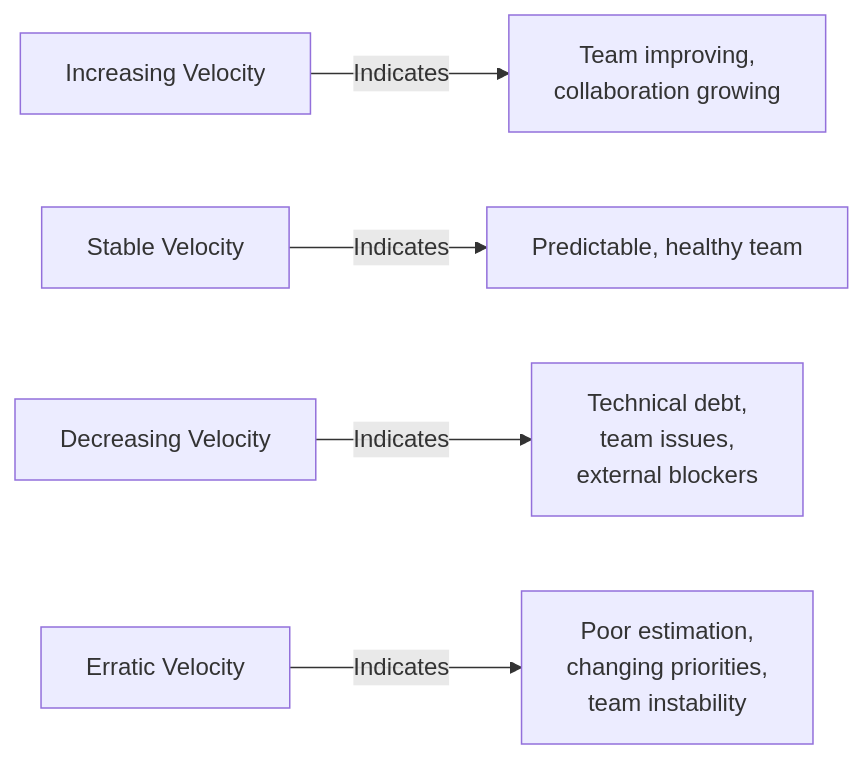
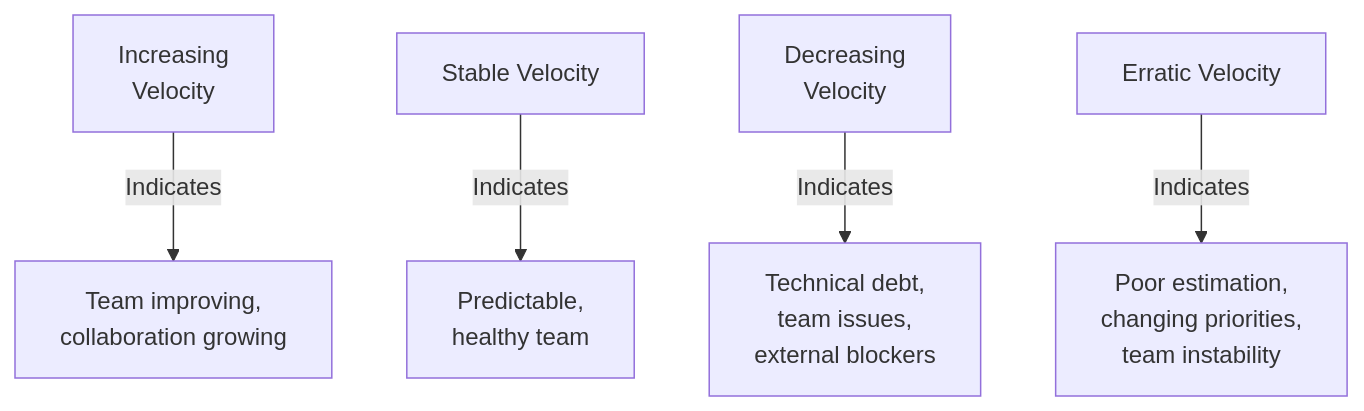
One commit to amitdevx/TY changed the second of 3 diagrams in 02-Semester-VI/CS-371-VSC-P-Agile-Processes/Unit-3.md. Above: the diagram before and after it, drawn with Mermaid. The commit also changed other lines of this file and 65 other files, not shown here.

Commit message:
fix:graph vertical

````diff
--- a/02-Semester-VI/CS-371-VSC-P-Agile-Processes/Unit-3.md
+++ b/02-Semester-VI/CS-371-VSC-P-Agile-Processes/Unit-3.md
@@ -271,7 +271,7 @@
 ```mermaid
-graph LR
-    A[Increasing Velocity] -->|Indicates| B[Team improving,<br/>collaboration growing]
-    C[Stable Velocity] -->|Indicates| D[Predictable, healthy team]
-    E[Decreasing Velocity] -->|Indicates| F[Technical debt,<br/>team issues,<br/>external blockers]
+graph TD
+    A[Increasing<br/>Velocity] -->|Indicates| B[Team improving,<br/>collaboration growing]
+    C[Stable Velocity] -->|Indicates| D[Predictable,<br/>healthy team]
+    E[Decreasing<br/>Velocity] -->|Indicates| F[Technical debt,<br/>team issues,<br/>external blockers]
     G[Erratic Velocity] -->|Indicates| H[Poor estimation,<br/>changing priorities,<br/>team instability]
 ```
````
